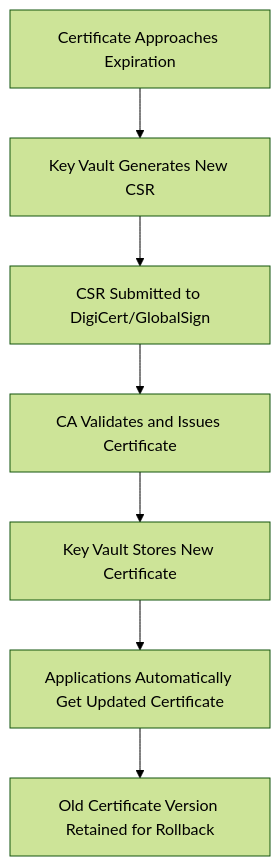
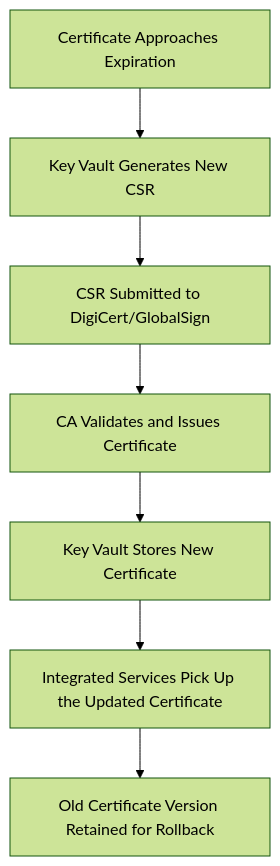
Before and after one commit to OneUptime/blog: the diagram in posts/2026-02-16-how-to-set-up-azure-key-vault-certificate-auto-renewal-with-digicert-and-globalsign-integration/README.md, drawn with Mermaid (forest theme). The commit also changed other lines of this file and 2 other files, not shown here.

Commit message:
validate: 2026-02-16-how-to-set-up-azure-key-vault-certificate-auto-renewal-with-digicert-and-globalsign-integration

````diff
--- a/posts/2026-02-16-how-to-set-up-azure-key-vault-certificate-auto-renewal-with-digicert-and-globalsign-integration/README.md
+++ b/posts/2026-02-16-how-to-set-up-azure-key-vault-certificate-auto-renewal-with-digicert-and-globalsign-integration/README.md
@@ -25,9 +25,9 @@
 ```mermaid
 flowchart TD
     A[Certificate Approaches Expiration] --> B[Key Vault Generates New CSR]
     B --> C[CSR Submitted to DigiCert/GlobalSign]
     C --> D[CA Validates and Issues Certificate]
     D --> E[Key Vault Stores New Certificate]
-    E --> F[Applications Automatically Get Updated Certificate]
+    E --> F[Integrated Services Pick Up the Updated Certificate]
     F --> G[Old Certificate Version Retained for Rollback]
 ```
````
